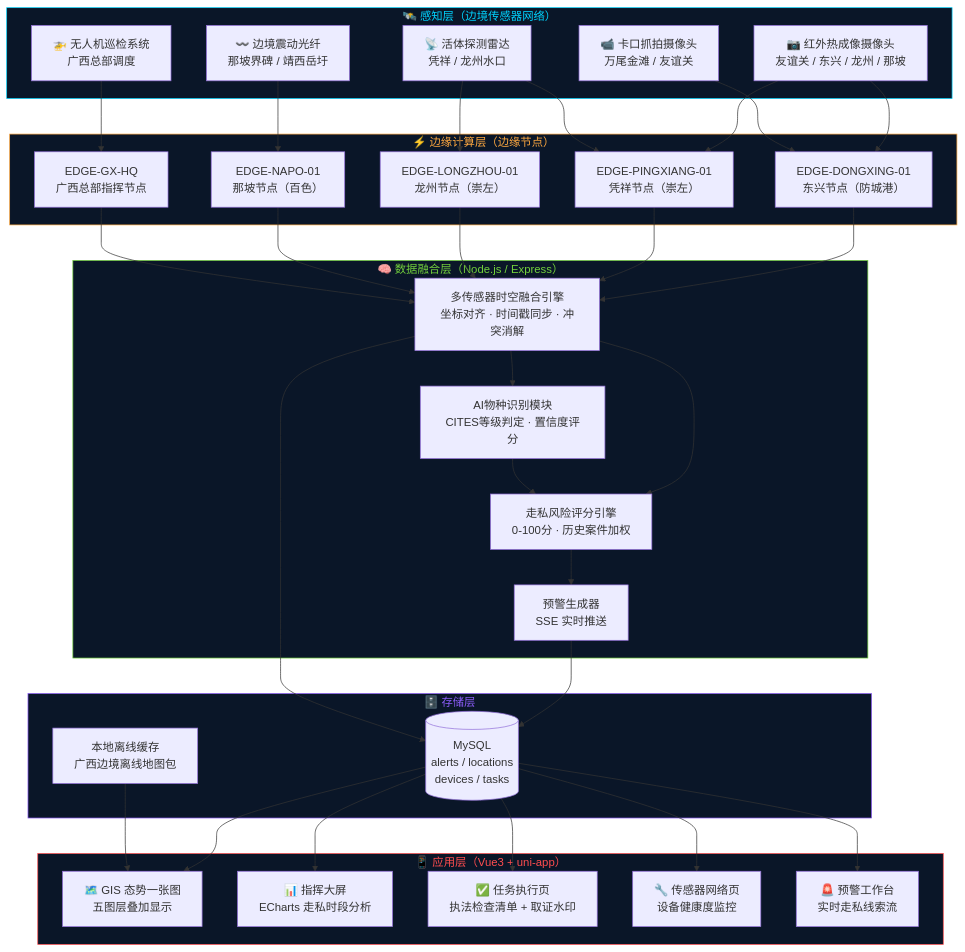
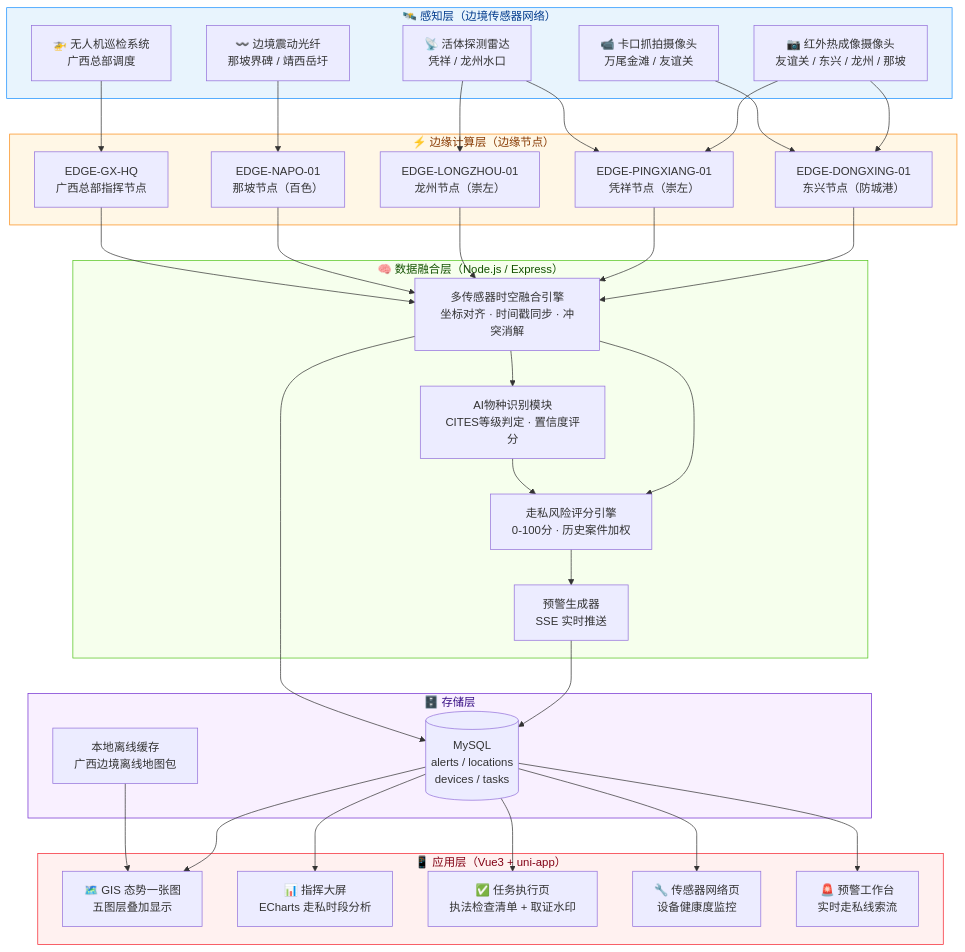
Before and after one commit to ppqqmeimei-create/reyanqinxiao: the diagram in README.md, drawn with Mermaid. The commit also changed other lines of this file, not shown here.

````diff
--- a/README.md
+++ b/README.md
@@ -11,62 +12,62 @@
 ```mermaid
 flowchart TD
     subgraph SENSOR["🛰️ 感知层（边境传感器网络）"]
         IR["📷 红外热成像摄像头\n友谊关 / 东兴 / 龙州 / 那坡"]
         VIB["〰️ 边境震动光纤\n那坡界碑 / 靖西岳圩"]
         RADAR["📡 活体探测雷达\n凭祥 / 龙州水口"]
         CAM["📹 卡口抓拍摄像头\n万尾金滩 / 友谊关"]
         DRONE["🚁 无人机巡检系统\n广西总部调度"]
     end
 
     subgraph EDGE["⚡ 边缘计算层（边缘节点）"]
         E1["EDGE-DONGXING-01\n东兴节点（防城港）"]
         E2["EDGE-PINGXIANG-01\n凭祥节点（崇左）"]
         E3["EDGE-LONGZHOU-01\n龙州节点（崇左）"]
         E4["EDGE-NAPO-01\n那坡节点（百色）"]
         E5["EDGE-GX-HQ\n广西总部指挥节点"]
     end
 
     subgraph FUSION["🧠 数据融合层（Node.js / Express）"]
         FUSE["多传感器时空融合引擎\n坐标对齐 · 时间戳同步 · 冲突消解"]
         AI["AI物种识别模块\nCITES等级判定 · 置信度评分"]
         RISK["走私风险评分引擎\n0-100分 · 历史案件加权"]
         ALERT["预警生成器\nSSE 实时推送"]
     end
 
     subgraph STORE["🗄️ 存储层"]
         MYSQL[("MySQL\nalerts / locations\ndevices / tasks")]
         CACHE["本地离线缓存\n广西边境离线地图包"]
     end
 
     subgraph APP["📱 应用层（Vue3 + uni-app）"]
         GIS["🗺️ GIS 态势一张图\n五图层叠加显示"]
         DASH["📊 指挥大屏\nECharts 走私时段分析"]
         TASK["✅ 任务执行页\n执法检查清单 + 取证水印"]
         DEV["🔧 传感器网络页\n设备健康度监控"]
         ALERT_UI["🚨 预警工作台\n实时走私线索流"]
     end
 
     IR & CAM --> E1
     IR --> E2
     VIB --> E4
     RADAR --> E2 & E3
     DRONE --> E5
 
     E1 & E2 & E3 & E4 & E5 --> FUSE
 
     FUSE --> AI
     FUSE --> RISK
     AI --> RISK
     RISK --> ALERT
     ALERT --> MYSQL
     FUSE --> MYSQL
 
     MYSQL --> GIS & DASH & TASK & DEV & ALERT_UI
     CACHE --> GIS
 
-    style SENSOR fill:#0a1628,stroke:#00d4ff,color:#00d4ff
-    style EDGE fill:#0a1628,stroke:#FFA940,color:#FFA940
-    style FUSION fill:#0a1628,stroke:#73D13D,color:#73D13D
-    style STORE fill:#0a1628,stroke:#8b5cf6,color:#8b5cf6
-    style APP fill:#0a1628,stroke:#FF4D4F,color:#FF4D4F
+    style SENSOR fill:#e8f4fd,stroke:#1890ff,color:#003a8c
+    style EDGE fill:#fff7e6,stroke:#fa8c16,color:#873800
+    style FUSION fill:#f6ffed,stroke:#52c41a,color:#135200
+    style STORE fill:#f9f0ff,stroke:#722ed1,color:#391085
+    style APP fill:#fff1f0,stroke:#f5222d,color:#820014
 ```
````
